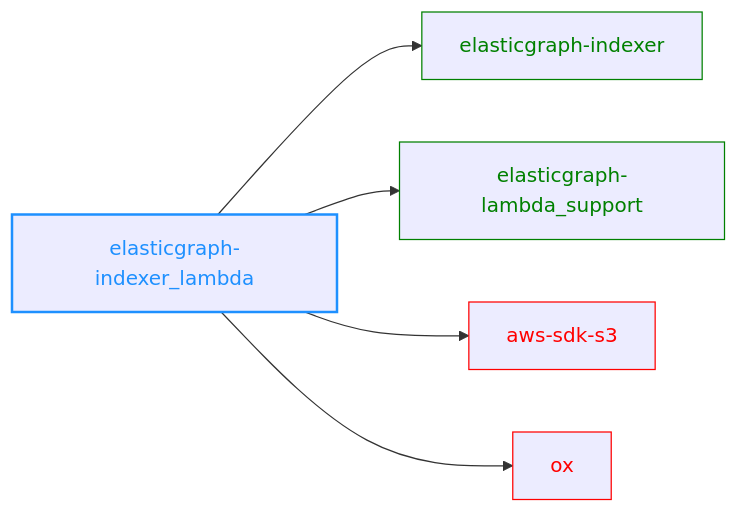
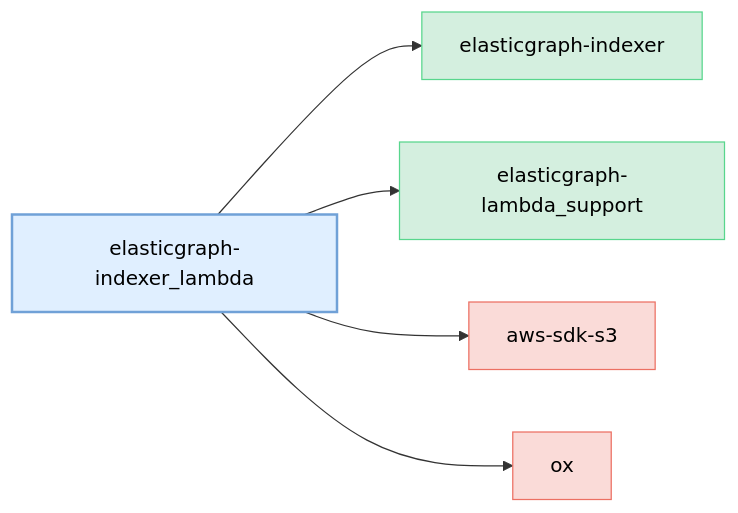
Before and after one commit to block/elasticgraph: the diagram in elasticgraph-indexer_lambda/README.md, drawn with Mermaid. The commit also changed 23 other files, not shown here.

````diff
--- a/elasticgraph-indexer_lambda/README.md
+++ b/elasticgraph-indexer_lambda/README.md
@@ -7,19 +7,22 @@
 ```mermaid
 graph LR;
+    classDef currentGemStyle fill:#E0EFFF,stroke:#70A1D7,color:#000,stroke-width:2px;
+    classDef internalEgGemStyle fill:#D4EFDF,stroke:#58D68D,color:#000;
+    classDef externalGemStyle fill:#FADBD8,stroke:#EC7063,color:#000;
     elasticgraph-indexer_lambda["elasticgraph-indexer_lambda"];
+    class elasticgraph-indexer_lambda currentGemStyle;
     elasticgraph-indexer["elasticgraph-indexer"];
     elasticgraph-indexer_lambda --> elasticgraph-indexer;
+    class elasticgraph-indexer internalEgGemStyle;
     elasticgraph-lambda_support["elasticgraph-lambda_support"];
     elasticgraph-indexer_lambda --> elasticgraph-lambda_support;
+    class elasticgraph-lambda_support internalEgGemStyle;
     aws-sdk-s3["aws-sdk-s3"];
     elasticgraph-indexer_lambda --> aws-sdk-s3;
+    class aws-sdk-s3 externalGemStyle;
     ox["ox"];
     elasticgraph-indexer_lambda --> ox;
-    style elasticgraph-indexer_lambda color:DodgerBlue,stroke-width:2px,stroke:DodgerBlue;
-    style elasticgraph-indexer color:Green,stroke:Green;
-    style elasticgraph-lambda_support color:Green,stroke:Green;
-    style aws-sdk-s3 color:Red,stroke:Red;
-    style ox color:Red,stroke:Red;
+    class ox externalGemStyle;
     click aws-sdk-s3 href "https://rubygems.org/gems/aws-sdk-s3" "Open on RubyGems.org" _blank;
     click ox href "https://rubygems.org/gems/ox" "Open on RubyGems.org" _blank;
 ```
````
